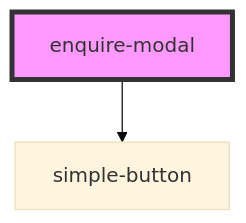
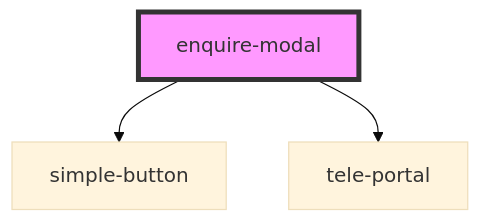
The diagram in src/components/enquire-modal/readme.md (the-design-release/leibal-components), drawn with Mermaid (base theme) before and after one commit. The commit also changed other lines of this file and 4 other files, not shown here.

Commit message:
:hammer: create the tele-portal, remove shadow css for enquire-modal

````diff
--- a/src/components/enquire-modal/readme.md
+++ b/src/components/enquire-modal/readme.md
@@ -23,5 +24,6 @@
 ```mermaid
 graph TD;
   enquire-modal --> simple-button
+  enquire-modal --> tele-portal
   style enquire-modal fill:#f9f,stroke:#333,stroke-width:4px
 ```
````
